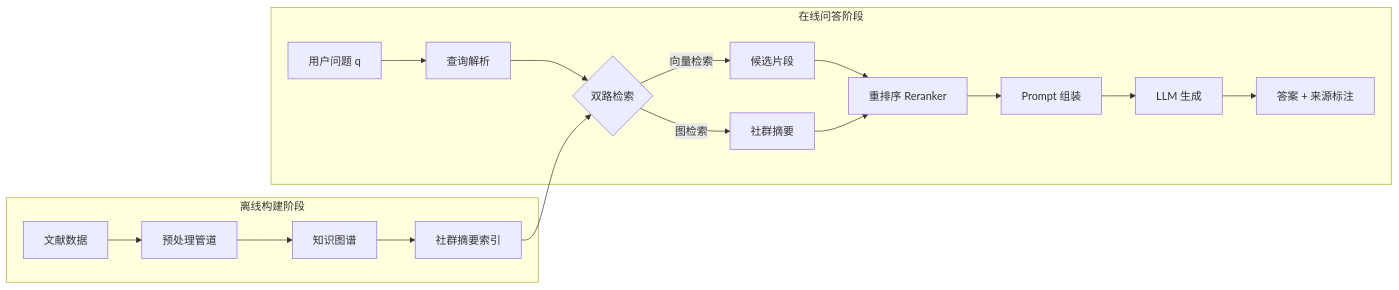
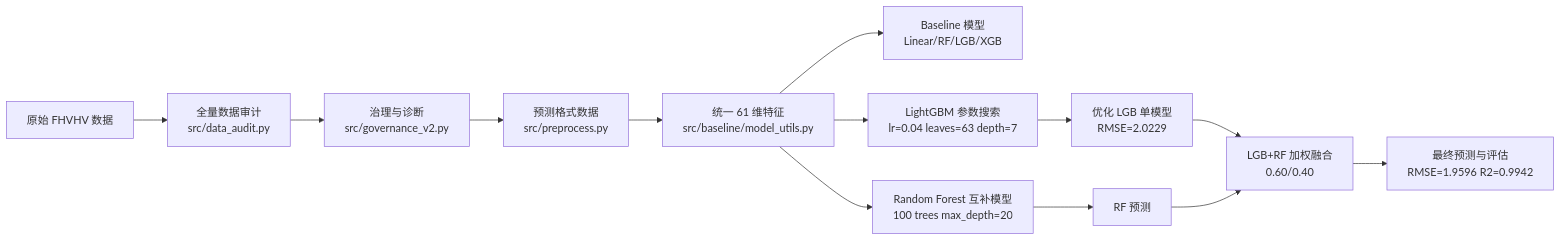
One commit to C-CH621/datamining-taxi-2026-ChiikaDD changed the second of 2 diagrams in document/final_report/final-report.md. Above: the diagram before and after it, drawn with Mermaid. The commit also changed other lines of this file and 9 other files, not shown here.

````diff
--- a/document/final_report/final-report.md
+++ b/document/final_report/final-report.md
@@ -100,20 +161,15 @@
 ```mermaid
-graph LR
-    subgraph 离线构建阶段
-        A[文献数据] --> B[预处理管道]
-        B --> C[知识图谱]
-        C --> D[社群摘要索引]
-    end
-    subgraph 在线问答阶段
-        E[用户问题 q] --> F[查询解析]
-        F --> G{双路检索}
-        G -->|向量检索| H[候选片段]
-        G -->|图检索| I[社群摘要]
-        H --> J[重排序 Reranker]
-        I --> J
-        J --> K[Prompt 组装]
-        K --> L[LLM 生成]
-        L --> M[答案 + 来源标注]
-    end
-    D --> G
+flowchart LR
+    A[原始 FHVHV 数据] --> B[全量数据审计<br/>src/data_audit.py]
+    B --> C[治理与诊断<br/>src/governance_v2.py]
+    C --> D[预测格式数据<br/>src/preprocess.py]
+    D --> E[统一 61 维特征<br/>src/baseline/model_utils.py]
+    E --> F[Baseline 模型<br/>Linear/RF/LGB/XGB]
+    E --> G[LightGBM 参数搜索<br/>lr=0.04 leaves=63 depth=7]
+    E --> H[Random Forest 互补模型<br/>100 trees max_depth=20]
+    G --> I[优化 LGB 单模型<br/>RMSE=2.0229]
+    H --> J[RF 预测]
+    I --> K[LGB+RF 加权融合<br/>0.60/0.40]
+    J --> K
+    K --> L[最终预测与评估<br/>RMSE=1.9596 R2=0.9942]
 ```
````
